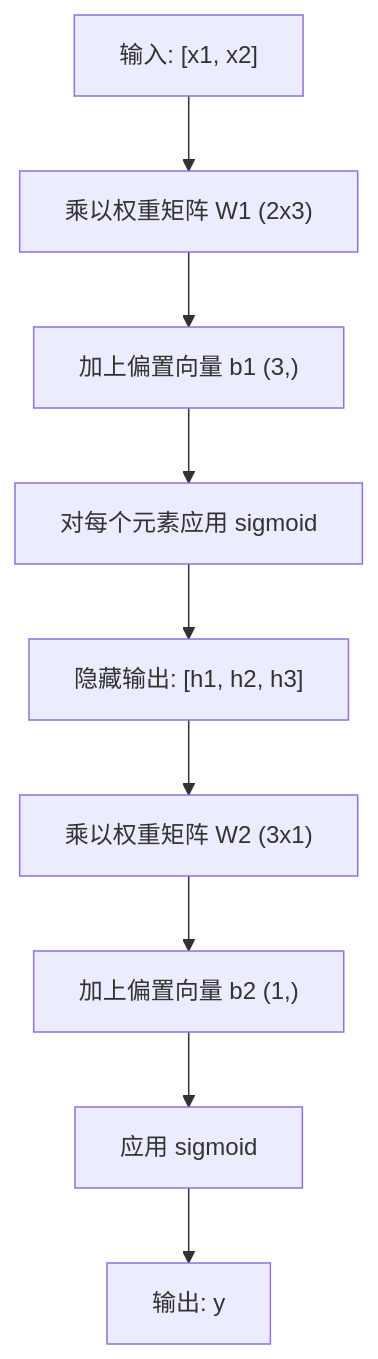
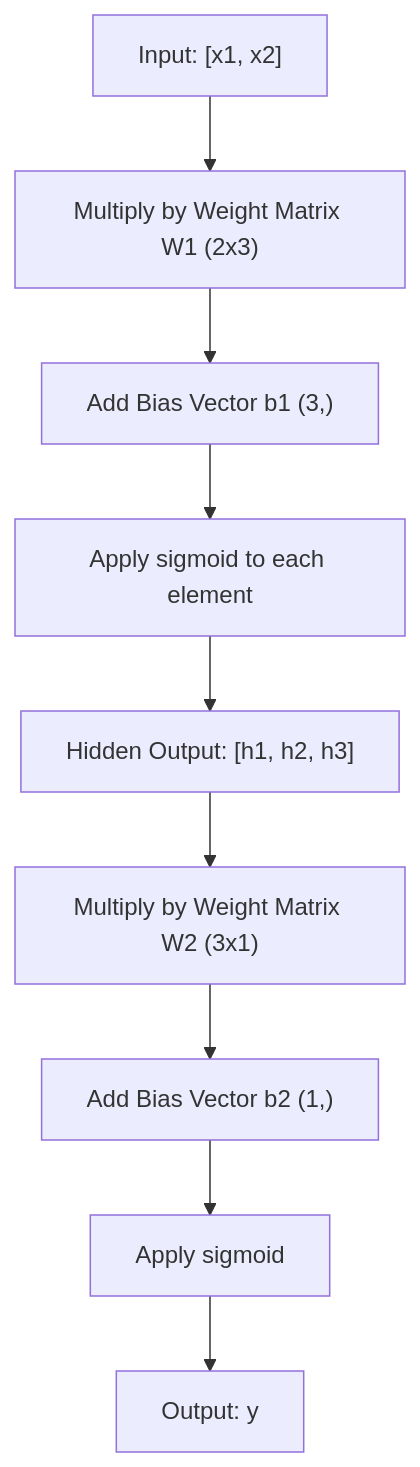
Before and after one commit to xiaojiaenen/ai-engineering-from-scratch-zh: the second of 3 diagrams in i18n/zh/phases/03-deep-learning-core/02-multi-layer-networks/docs/zh.md, drawn with Mermaid. The commit also changed other lines of this file and 13 other files, not shown here.

````diff
--- a/i18n/zh/phases/03-deep-learning-core/02-multi-layer-networks/docs/zh.md
+++ b/i18n/zh/phases/03-deep-learning-core/02-multi-layer-networks/docs/zh.md
@@ -88,11 +88,11 @@
 ```mermaid
 graph TD
-    X["输入: [x1, x2]"] --> WH["乘以权重矩阵 W1 (2x3)"]
-    WH --> BH["加上偏置向量 b1 (3,)"]
-    BH --> AH["对每个元素应用 sigmoid"]
-    AH --> H["隐藏输出: [h1, h2, h3]"]
-    H --> WO["乘以权重矩阵 W2 (3x1)"]
-    WO --> BO["加上偏置向量 b2 (1,)"]
-    BO --> AO["应用 sigmoid"]
-    AO --> Y["输出: y"]
+    X["Input: [x1, x2]"] --> WH["Multiply by Weight Matrix W1 (2x3)"]
+    WH --> BH["Add Bias Vector b1 (3,)"]
+    BH --> AH["Apply sigmoid to each element"]
+    AH --> H["Hidden Output: [h1, h2, h3]"]
+    H --> WO["Multiply by Weight Matrix W2 (3x1)"]
+    WO --> BO["Add Bias Vector b2 (1,)"]
+    BO --> AO["Apply sigmoid"]
+    AO --> Y["Output: y"]
 ```
````
